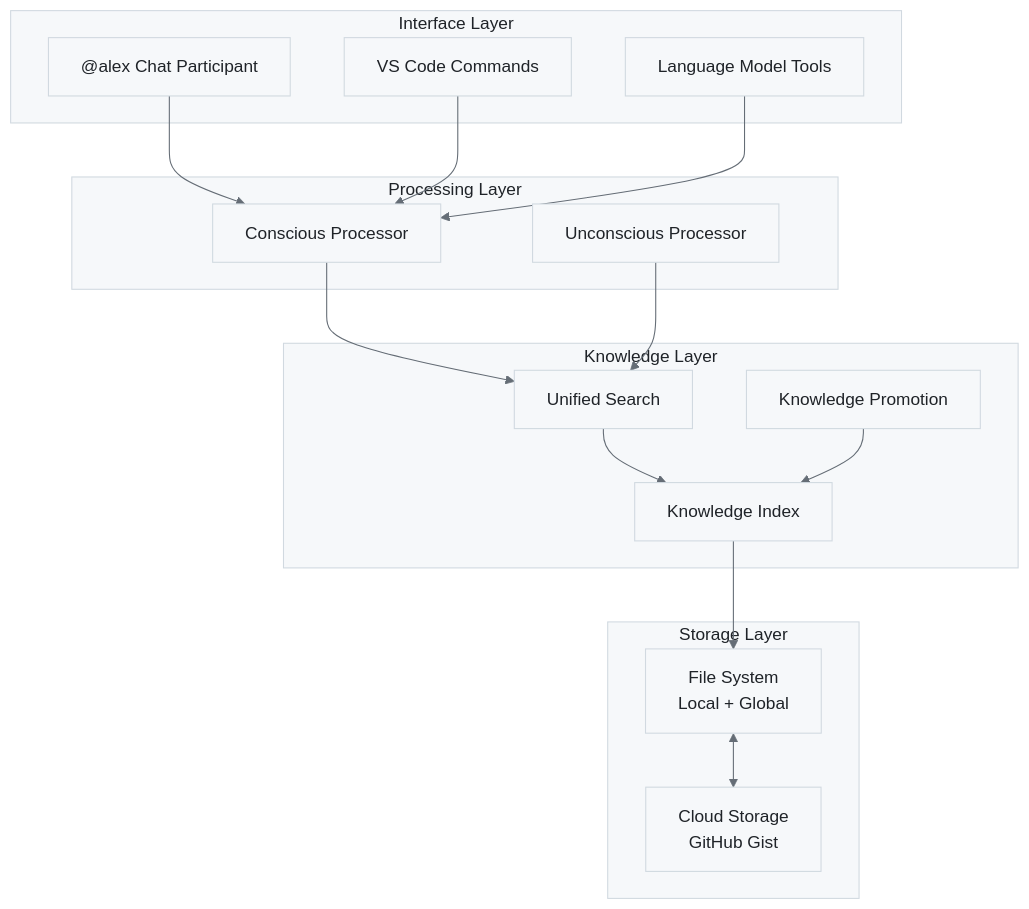
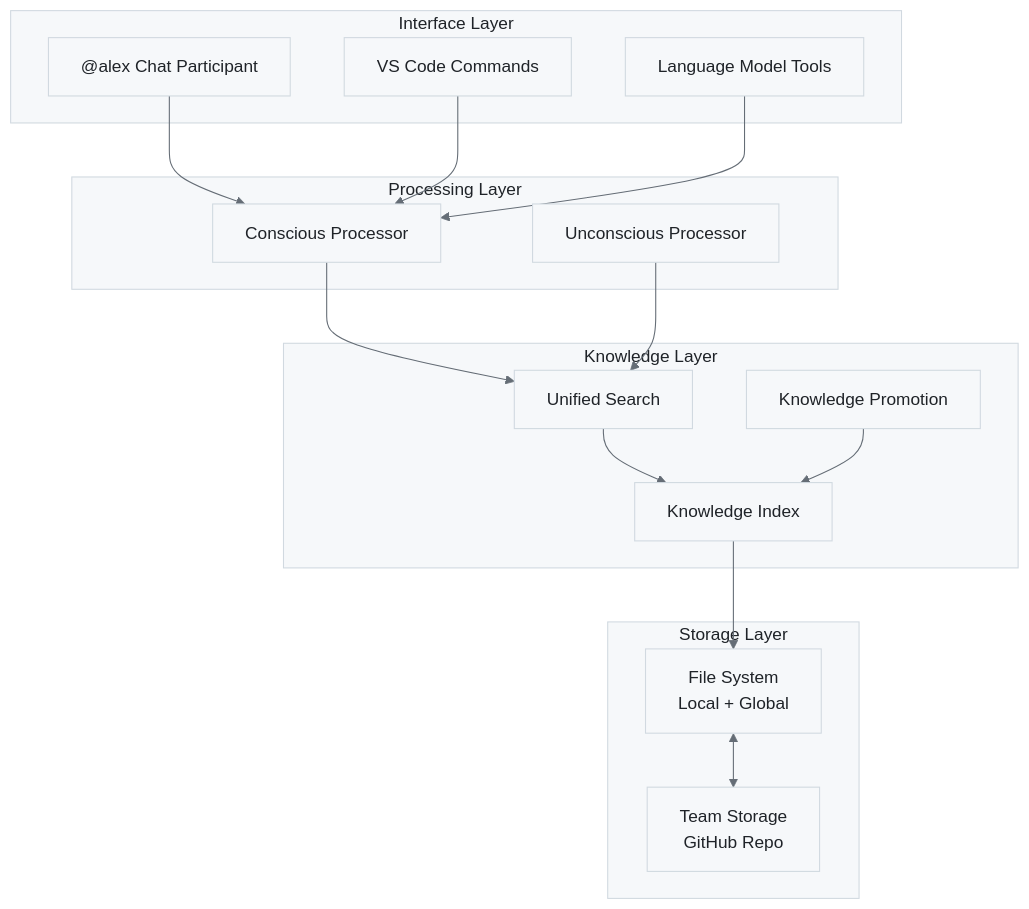
Before and after one commit to fabioc-aloha/Alex_Plug_In: the fifth of 5 diagrams in platforms/vscode-extension/alex_docs/COGNITIVE-ARCHITECTURE.md, drawn with Mermaid. The commit also changed other lines of this file and 18 other files, not shown here.

First line of the commit message:
feat: GitHub auth for private repos + owner-only config + larger logo

````diff
--- a/platforms/vscode-extension/alex_docs/COGNITIVE-ARCHITECTURE.md
+++ b/platforms/vscode-extension/alex_docs/COGNITIVE-ARCHITECTURE.md
@@ -279,39 +279,39 @@
 ```mermaid
 %%{init: {'theme': 'base', 'themeVariables': { 'primaryColor': '#f6f8fa', 'primaryTextColor': '#1f2328', 'primaryBorderColor': '#d1d9e0', 'lineColor': '#656d76', 'secondaryColor': '#f6f8fa', 'tertiaryColor': '#ffffff', 'background': '#ffffff', 'mainBkg': '#f6f8fa', 'nodeBorder': '#d1d9e0', 'clusterBkg': '#f6f8fa', 'clusterBorder': '#d1d9e0', 'titleColor': '#1f2328', 'edgeLabelBackground': '#ffffff'}}}%%
 graph TB
     subgraph "Interface Layer"
         CHAT["@alex Chat Participant"]
         CMD[VS Code Commands]
         API[Language Model Tools]
     end
 
     subgraph "Processing Layer"
         CONSCIOUS[Conscious Processor]
         UNCONSCIOUS[Unconscious Processor]
     end
 
     subgraph "Knowledge Layer"
         SEARCH[Unified Search]
         INDEX[Knowledge Index]
         PROMOTE[Knowledge Promotion]
     end
 
     subgraph "Storage Layer"
         FS[File System<br/>Local + Global]
-        CLOUD[Cloud Storage<br/>GitHub Gist]
+        TEAM[Team Storage<br/>GitHub Repo]
     end
 
     CHAT --> CONSCIOUS
     CMD --> CONSCIOUS
     API --> CONSCIOUS
 
     CONSCIOUS --> SEARCH
     UNCONSCIOUS --> SEARCH
 
     SEARCH --> INDEX
     INDEX --> FS
 
     PROMOTE --> INDEX
 
-    FS <--> CLOUD
+    FS <--> TEAM
 ```
````
